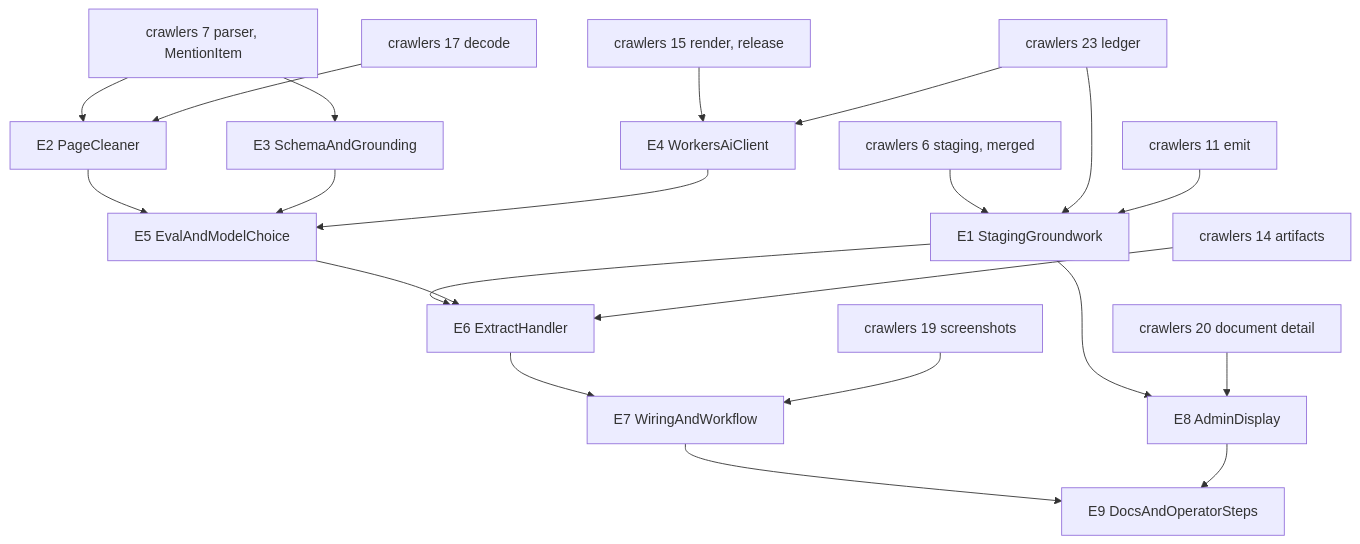
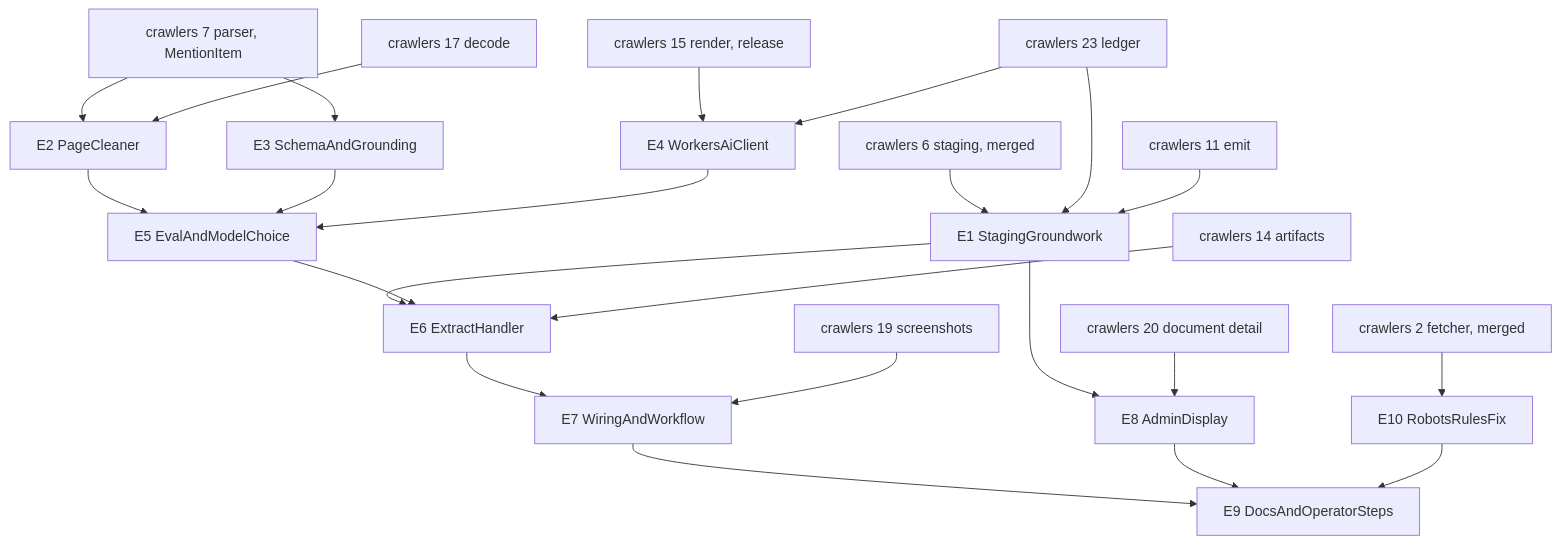
Before and after one commit to vadim-schultz/redtape: the diagram in .plans/extraction/01-rollout.md, drawn with Mermaid. The commit also changed other lines of this file and 5 other files, not shown here.

````diff
--- a/.plans/extraction/01-rollout.md
+++ b/.plans/extraction/01-rollout.md
@@ -32,23 +32,25 @@
 ```mermaid
 flowchart TD
   K6[crawlers 6 staging, merged] --> E1[E1 StagingGroundwork]
   K23[crawlers 23 ledger] --> E1
   K11[crawlers 11 emit] --> E1
   K7[crawlers 7 parser, MentionItem] --> E2[E2 PageCleaner]
   K17[crawlers 17 decode] --> E2
   K7 --> E3[E3 SchemaAndGrounding]
   K15[crawlers 15 render, release] --> E4[E4 WorkersAiClient]
   K23 --> E4
   E2 --> E5[E5 EvalAndModelChoice]
   E3 --> E5
   E4 --> E5
   E1 --> E6[E6 ExtractHandler]
   E5 --> E6
   K14[crawlers 14 artifacts] --> E6
   E6 --> E7[E7 WiringAndWorkflow]
   K19[crawlers 19 screenshots] --> E7
   E1 --> E8[E8 AdminDisplay]
   K20[crawlers 20 document detail] --> E8
   E7 --> E9[E9 DocsAndOperatorSteps]
   E8 --> E9
+  K2[crawlers 2 fetcher, merged] --> E10[E10 RobotsRulesFix]
+  E10 --> E9
 ```
````
